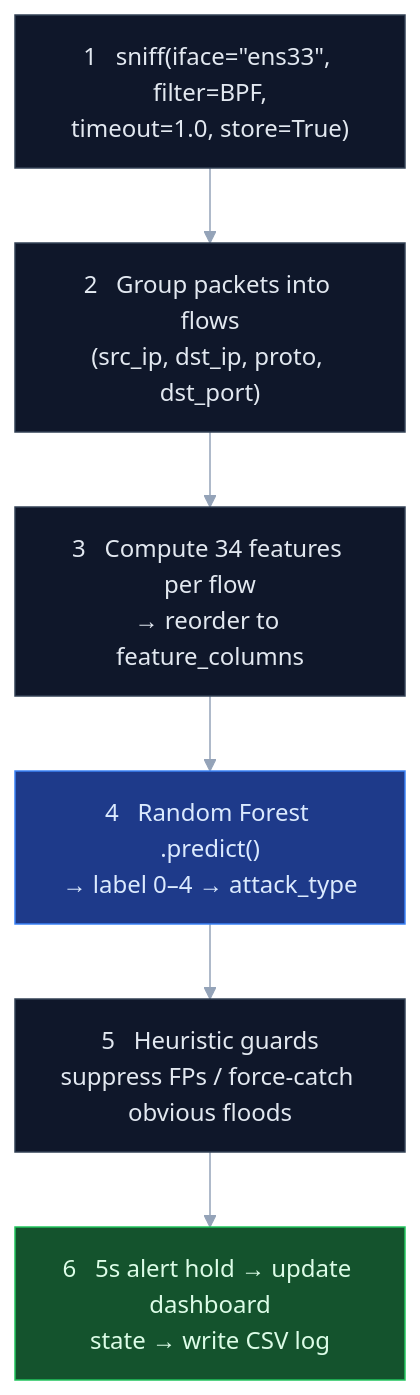
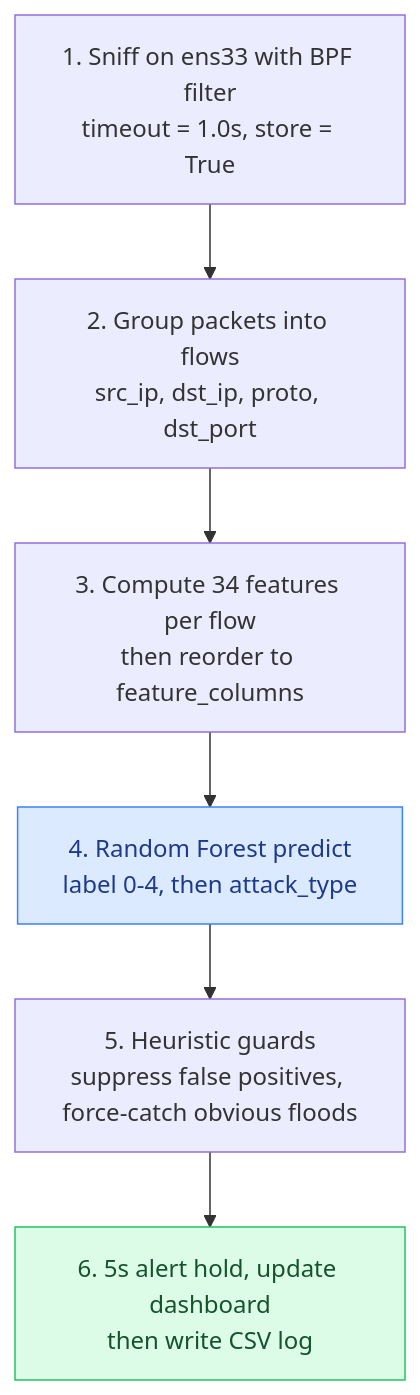
One commit to AvatarParzival/ML-Based-Cyber-Attack-Detection-in-Simulated-Networks changed the second of 2 diagrams in README.md. Above: the diagram before and after it, drawn with Mermaid.

````diff
--- a/README.md
+++ b/README.md
@@ -426,19 +426,12 @@
 ```mermaid
-%%{init: {"theme":"base", "themeVariables": {
-  "fontFamily":"ui-monospace, SFMono-Regular, Menlo, monospace",
-  "primaryColor":"#0f172a", "primaryTextColor":"#e2e8f0",
-  "primaryBorderColor":"#334155", "lineColor":"#94a3b8"
-}}}%%
 flowchart TB
-  P1["1 &nbsp; sniff(iface=&quot;ens33&quot;, filter=BPF,<br/>timeout=1.0, store=True)"]
-  P2["2 &nbsp; Group packets into flows<br/>(src_ip, dst_ip, proto, dst_port)"]
-  P3["3 &nbsp; Compute 34 features per flow<br/>&rarr; reorder to feature_columns"]
-  P4["4 &nbsp; Random Forest .predict()<br/>&rarr; label 0&ndash;4 &rarr; attack_type"]
-  P5["5 &nbsp; Heuristic guards<br/>suppress FPs / force-catch obvious floods"]
-  P6["6 &nbsp; 5s alert hold &rarr; update dashboard<br/>state &rarr; write CSV log"]
+  P1["1. Sniff on ens33 with BPF filter<br/>timeout = 1.0s, store = True"]
+  P2["2. Group packets into flows<br/>src_ip, dst_ip, proto, dst_port"]
+  P3["3. Compute 34 features per flow<br/>then reorder to feature_columns"]
+  P4["4. Random Forest predict<br/>label 0-4, then attack_type"]
+  P5["5. Heuristic guards<br/>suppress false positives, force-catch obvious floods"]
+  P6["6. 5s alert hold, update dashboard<br/>then write CSV log"]
   P1 --> P2 --> P3 --> P4 --> P5 --> P6
-  classDef model fill:#1e3a8a,stroke:#3b82f6,color:#dbeafe;
-  classDef out fill:#14532d,stroke:#22c55e,color:#dcfce7;
-  class P4 model;
-  class P6 out;
+  style P4 fill:#dbeafe,stroke:#3b82f6,color:#1e3a8a
+  style P6 fill:#dcfce7,stroke:#22c55e,color:#14532d
 ```
````
